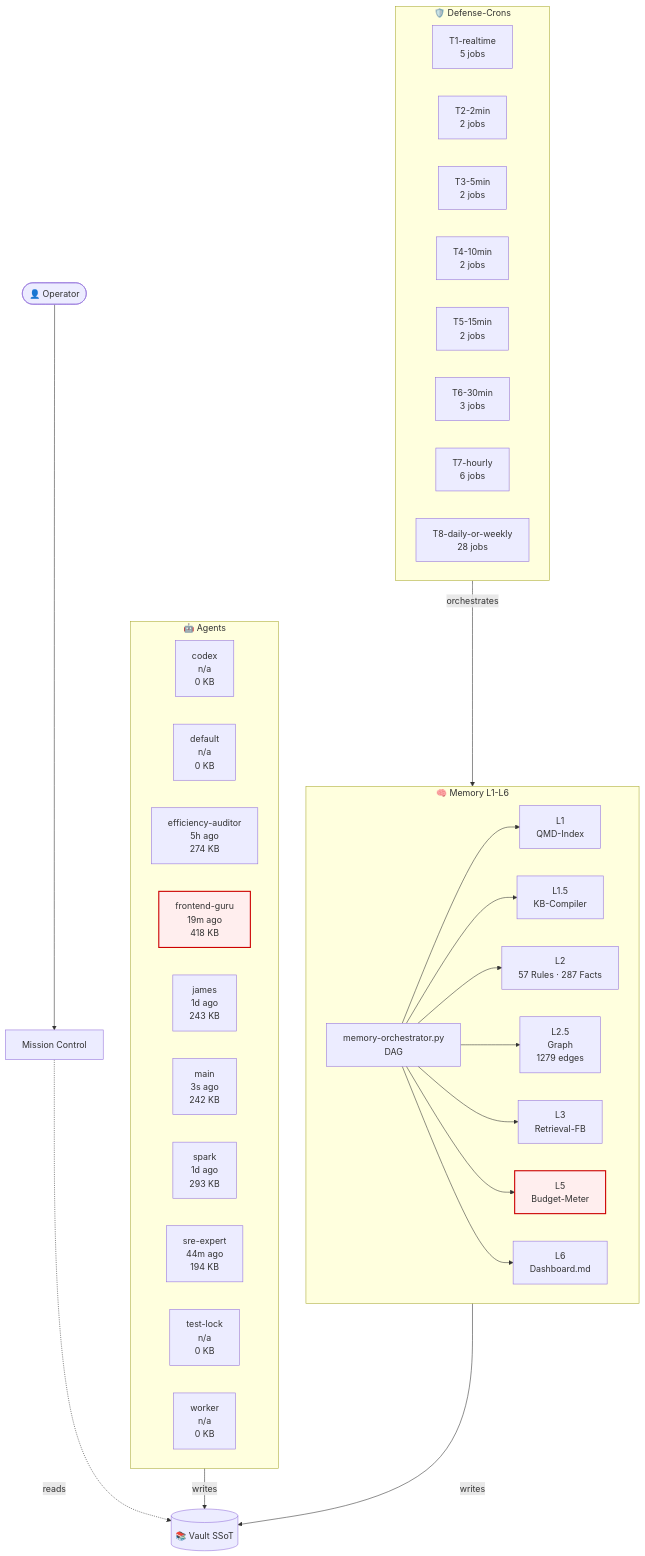
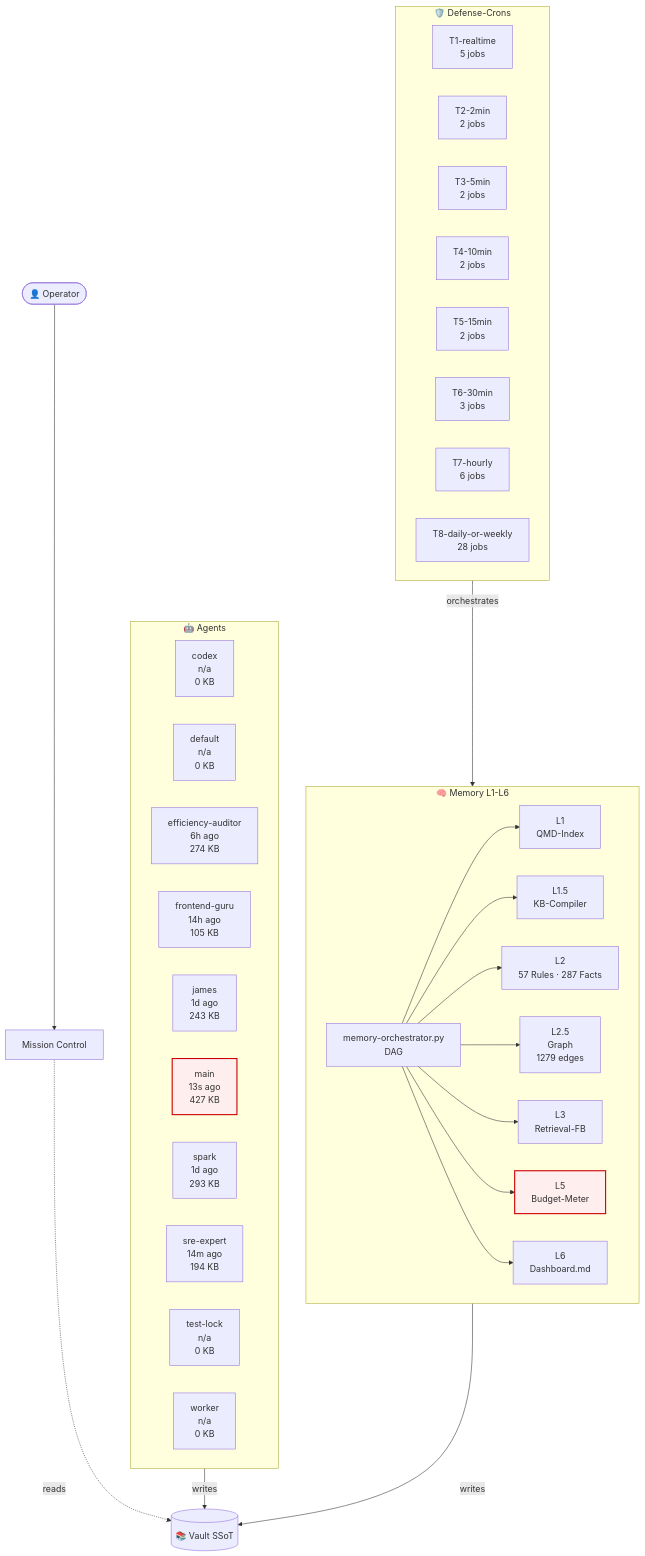
One commit to lenardhuebner88-rgb/openclaw-memory changed the diagram in 03-Agents/architecture-live.md. Above: the diagram before and after it, drawn with Mermaid. The commit also changed other lines of this file and 2 other files, not shown here.

````diff
--- a/03-Agents/architecture-live.md
+++ b/03-Agents/architecture-live.md
@@ -18,53 +18,53 @@
 ```mermaid
 flowchart TB
     classDef critical fill:#fee,stroke:#c00,stroke-width:2px;
     subgraph AGT["🤖 Agents"]
         agent_codex["codex<br/>n/a<br/>0 KB"]
         agent_default["default<br/>n/a<br/>0 KB"]
-        agent_efficiency_auditor["efficiency-auditor<br/>5h ago<br/>274 KB"]
-        agent_frontend_guru["frontend-guru<br/>19m ago<br/>418 KB"]
+        agent_efficiency_auditor["efficiency-auditor<br/>6h ago<br/>274 KB"]
+        agent_frontend_guru["frontend-guru<br/>14h ago<br/>105 KB"]
         agent_james["james<br/>1d ago<br/>243 KB"]
-        agent_main["main<br/>3s ago<br/>242 KB"]
+        agent_main["main<br/>13s ago<br/>427 KB"]
         agent_spark["spark<br/>1d ago<br/>293 KB"]
-        agent_sre_expert["sre-expert<br/>44m ago<br/>194 KB"]
+        agent_sre_expert["sre-expert<br/>14m ago<br/>194 KB"]
         agent_test_lock["test-lock<br/>n/a<br/>0 KB"]
         agent_worker["worker<br/>n/a<br/>0 KB"]
     end
     subgraph MEM["🧠 Memory L1-L6"]
         L1["L1<br/>QMD-Index"]
         L15["L1.5<br/>KB-Compiler"]
         L2["L2<br/>57 Rules · 287 Facts"]
         L25["L2.5<br/>Graph<br/>1279 edges"]
         L3["L3<br/>Retrieval-FB"]
         L5["L5<br/>Budget-Meter"]
         L6["L6<br/>Dashboard.md"]
         ORCH["memory-orchestrator.py<br/>DAG"]
     end
     subgraph CRN["🛡️ Defense-Crons"]
         tier_T1_realtime["T1-realtime<br/>5 jobs"]
         tier_T2_2min["T2-2min<br/>2 jobs"]
         tier_T3_5min["T3-5min<br/>2 jobs"]
         tier_T4_10min["T4-10min<br/>2 jobs"]
         tier_T5_15min["T5-15min<br/>2 jobs"]
         tier_T6_30min["T6-30min<br/>3 jobs"]
         tier_T7_hourly["T7-hourly<br/>6 jobs"]
         tier_T8_daily_or_weekly["T8-daily-or-weekly<br/>28 jobs"]
     end
     VAULT[("📚 Vault SSoT")]
     OP([👤 Operator])
     MC["Mission Control"]
     OP --> MC
     MC -.reads.-> VAULT
     AGT -->|writes| VAULT
     MEM -->|writes| VAULT
     ORCH --> L1
     ORCH --> L15
     ORCH --> L2
     ORCH --> L25
     ORCH --> L3
     ORCH --> L5
     ORCH --> L6
     CRN -->|orchestrates| MEM
     class L5 critical
-    class agent_frontend_guru critical
+    class agent_main critical
 ```
````
